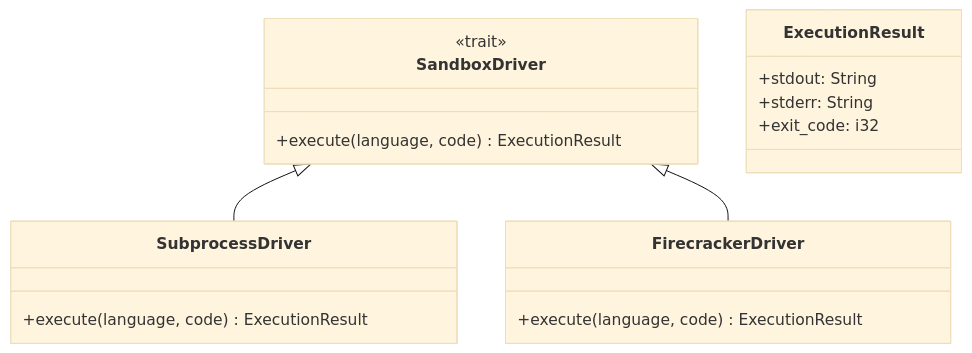
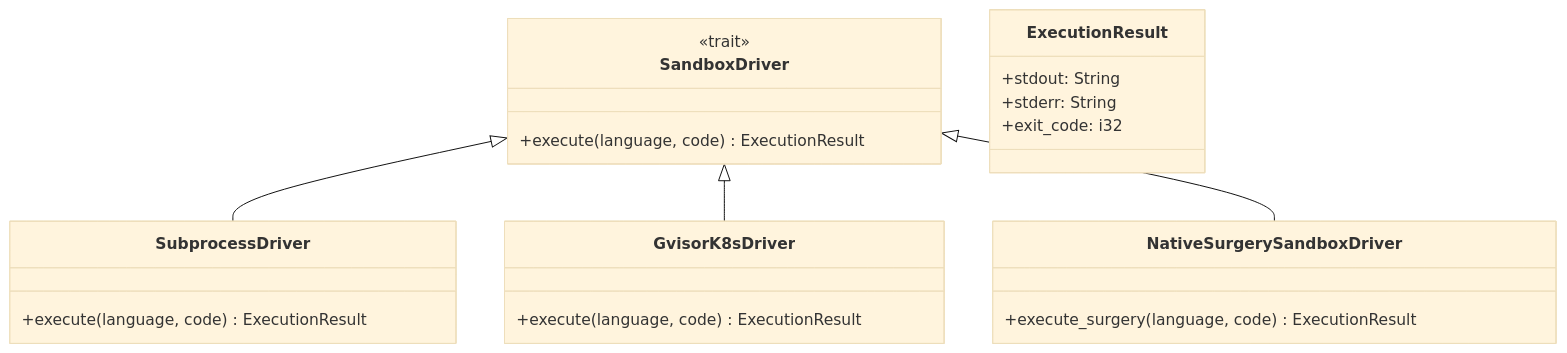
One commit to lgcorzo/rust_CACD_autonomous_factory changed the third of 3 diagrams in wiki/TACTICAL-DESIGN.md. Above: the diagram before and after it, drawn with Mermaid (base theme). The commit also changed other lines of this file and 3 other files, not shown here.

Commit message:
docs(wiki): sync architectural design with phase 6 governance implementation

````diff
--- a/wiki/TACTICAL-DESIGN.md
+++ b/wiki/TACTICAL-DESIGN.md
@@ -180,20 +181,24 @@
 ```mermaid
 classDiagram
     class SandboxDriver {
         <<trait>>
         +execute(language, code) ExecutionResult
     }
     class SubprocessDriver {
         +execute(language, code) ExecutionResult
     }
-    class FirecrackerDriver {
+    class GvisorK8sDriver {
         +execute(language, code) ExecutionResult
+    }
+    class NativeSurgerySandboxDriver {
+        +execute_surgery(language, code) ExecutionResult
     }
     class ExecutionResult {
         +stdout: String
         +stderr: String
         +exit_code: i32
     }
     SandboxDriver <|-- SubprocessDriver
-    SandboxDriver <|-- FirecrackerDriver
+    SandboxDriver <|-- GvisorK8sDriver
+    SandboxDriver <|-- NativeSurgerySandboxDriver
 ```
````
